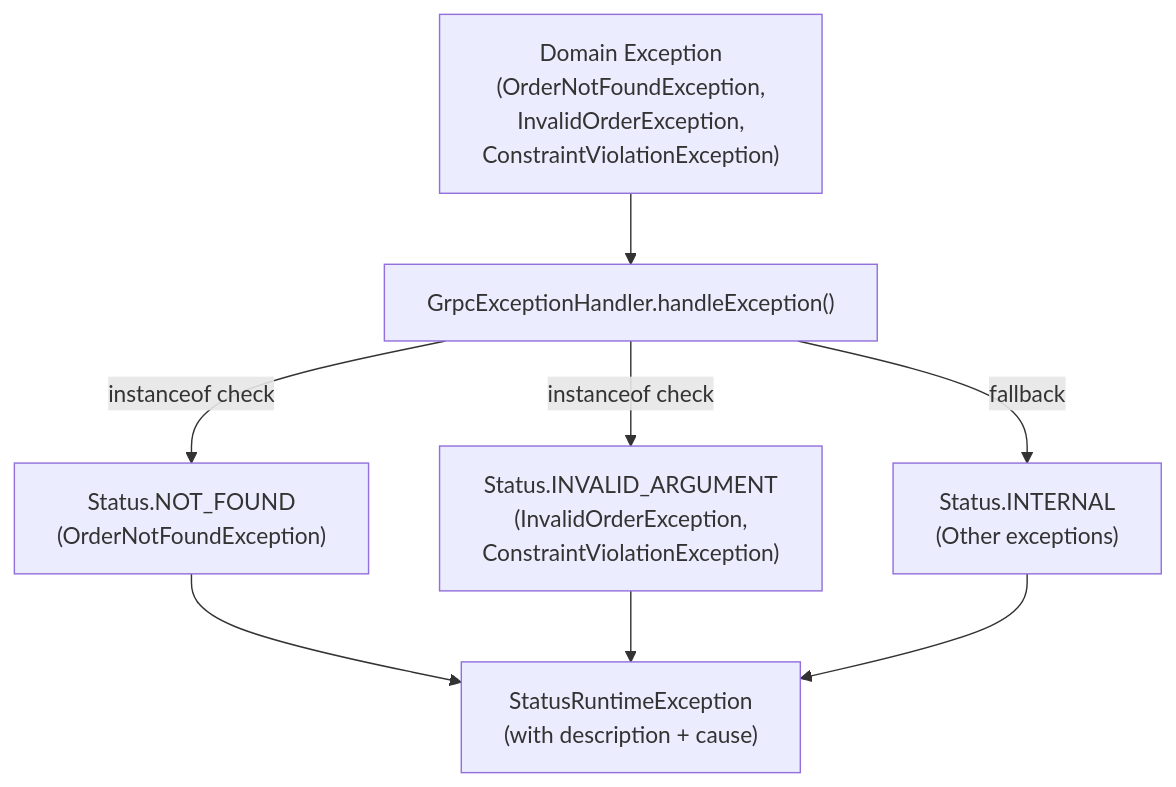
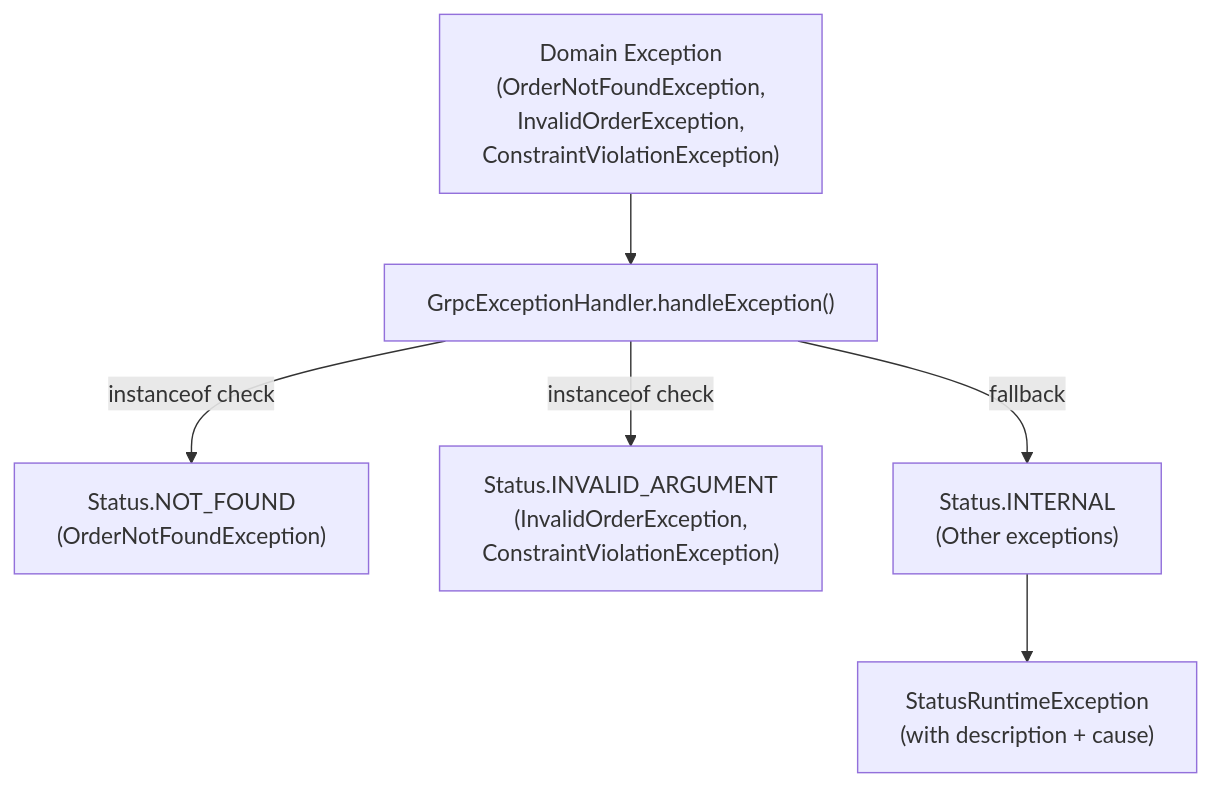
One commit to philipz/spring-modular-monolith changed the fifth of 6 diagrams in docs/deepwiki/gRPC-Services-and-Protocol-Buffers.md. Above: the diagram before and after it, drawn with Mermaid. The commit also changed other lines of this file and 32 other files, not shown here.

````diff
--- a/docs/deepwiki/gRPC-Services-and-Protocol-Buffers.md
+++ b/docs/deepwiki/gRPC-Services-and-Protocol-Buffers.md
@@ -319,18 +319,16 @@
 ```mermaid
 flowchart TD
 
 DomainException["Domain Exception<br>(OrderNotFoundException,<br>InvalidOrderException,<br>ConstraintViolationException)"]
 GrpcExceptionHandler["GrpcExceptionHandler.handleException()"]
 NOT_FOUND["Status.NOT_FOUND<br>(OrderNotFoundException)"]
 INVALID_ARGUMENT["Status.INVALID_ARGUMENT<br>(InvalidOrderException,<br>ConstraintViolationException)"]
 INTERNAL["Status.INTERNAL<br>(Other exceptions)"]
 StatusRuntimeException["StatusRuntimeException<br>(with description + cause)"]
 
 DomainException --> GrpcExceptionHandler
 GrpcExceptionHandler -->|"instanceof check"| NOT_FOUND
 GrpcExceptionHandler -->|"instanceof check"| INVALID_ARGUMENT
 GrpcExceptionHandler -->|"fallback"| INTERNAL
-NOT_FOUND --> StatusRuntimeException
-INVALID_ARGUMENT --> StatusRuntimeException
 INTERNAL --> StatusRuntimeException
 ```
````
